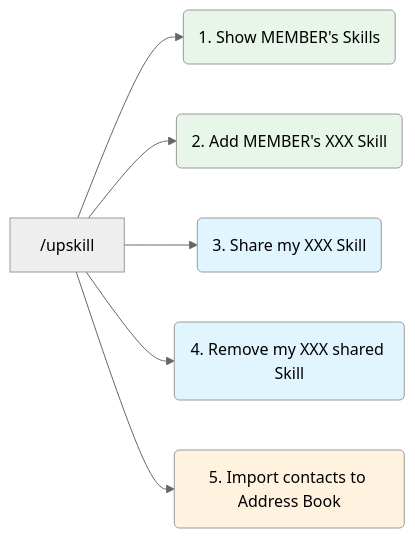
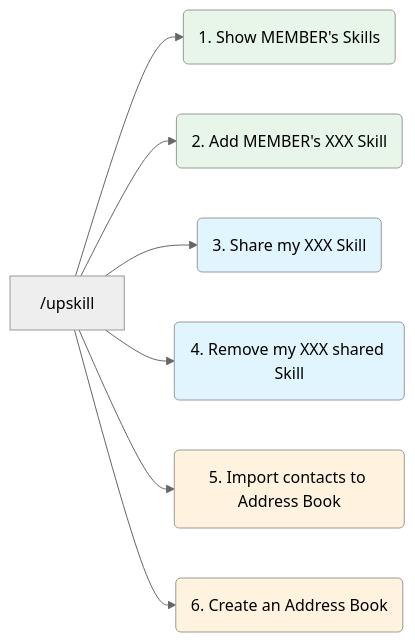
The second of 2 diagrams in usage.md (mingzilla/upskill), drawn with Mermaid (neutral theme) before and after one commit. The commit also changed other lines of this file, not shown here.

Commit message:
upskill create address book

````diff
--- a/usage.md
+++ b/usage.md
@@ -31,20 +31,23 @@
 ```mermaid
 flowchart LR
     ENTRY["/upskill"]
     OPTION1("1. Show MEMBER's Skills")
     OPTION2("2. Add MEMBER's XXX Skill")
     OPTION3("3. Share my XXX Skill")
     OPTION4("4. Remove my XXX shared Skill")
     OPTION5("5. Import contacts to Address Book")
+    OPTION6("6. Create an Address Book")
 
     ENTRY --> OPTION1
     ENTRY --> OPTION2
     ENTRY --> OPTION3
     ENTRY --> OPTION4
     ENTRY --> OPTION5
+    ENTRY --> OPTION6
     style OPTION1 fill: #e8f5e9
     style OPTION2 fill: #e8f5e9
     style OPTION3 fill: #e1f5fe
     style OPTION4 fill: #e1f5fe
     style OPTION5 fill: #fff3e0
+    style OPTION6 fill: #fff3e0
 ```
````
